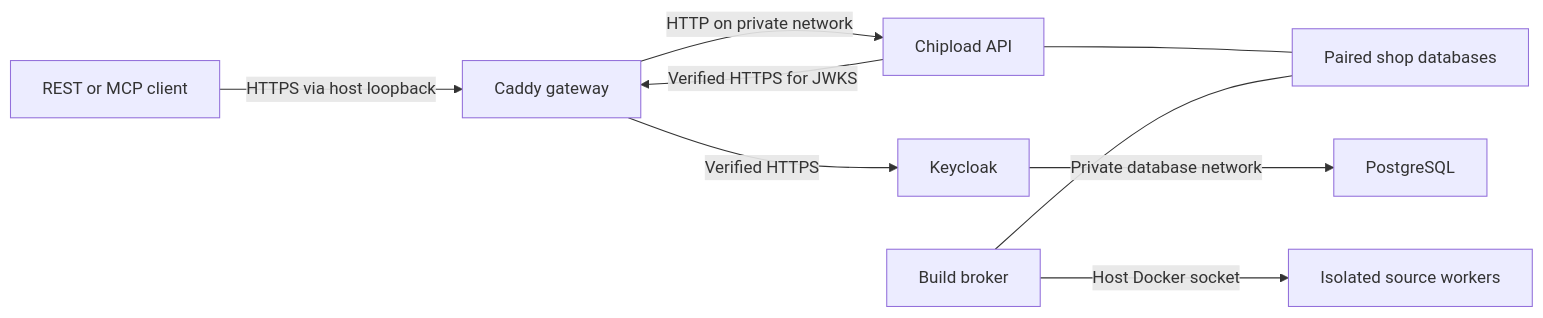
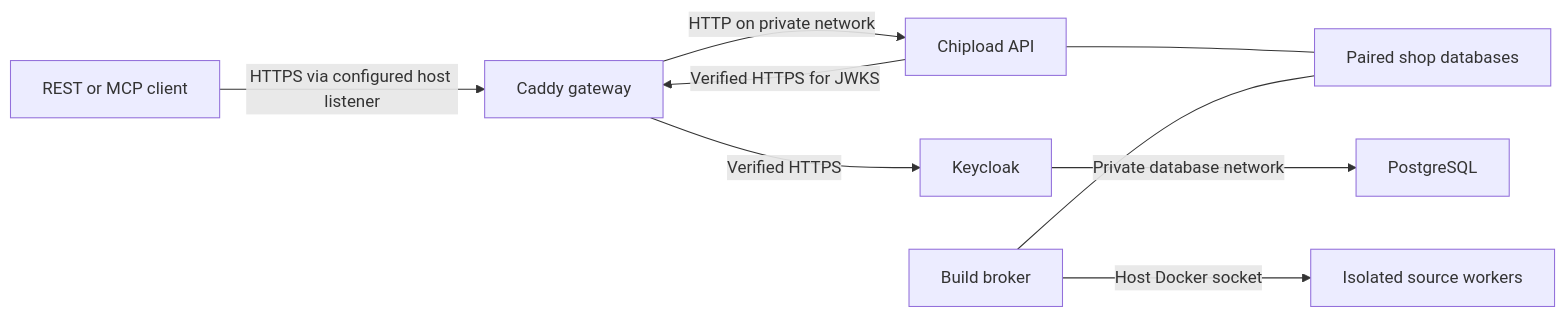
Before and after one commit to stevecad/chipload: the diagram in docs/TLS.md, drawn with Mermaid. The commit also changed other lines of this file and 13 other files, not shown here.

````diff
--- a/docs/TLS.md
+++ b/docs/TLS.md
@@ -138,11 +187,11 @@
 ```mermaid
 flowchart LR
-    client[REST or MCP client] -->|HTTPS via host loopback| gateway[Caddy gateway]
+    client[REST or MCP client] -->|HTTPS via configured host listener| gateway[Caddy gateway]
     gateway -->|HTTP on private network| api[Chipload API]
     gateway -->|Verified HTTPS| identity[Keycloak]
     api -->|Verified HTTPS for JWKS| gateway
     identity -->|Private database network| postgres[PostgreSQL]
     api --- data[Paired shop databases]
     broker[Build broker] --- data
     broker -->|Host Docker socket| worker[Isolated source workers]
 ```
````
